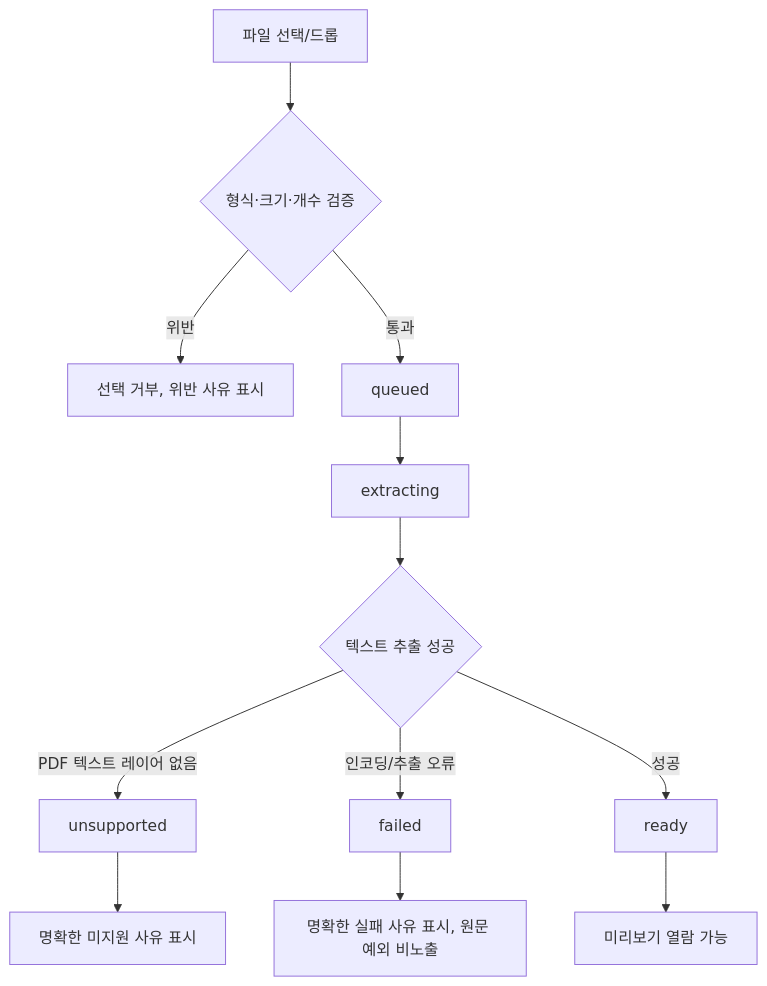
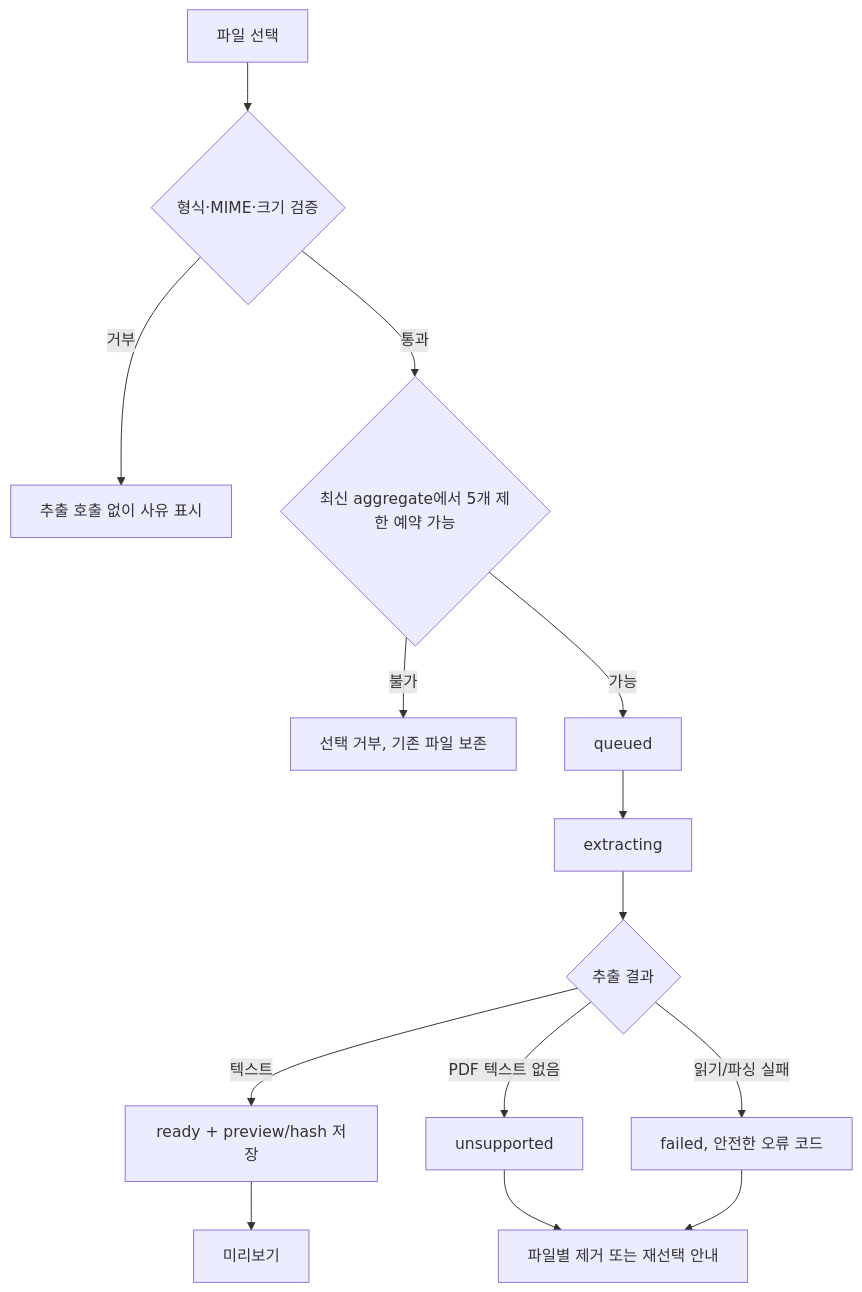
One commit to donghyunlee-dev/ai-agent-blueprint changed the diagram in docs/tasks/SRC-PR-01/plan.md. Above: the diagram before and after it, drawn with Mermaid. The commit also changed other lines of this file and 25 other files, not shown here.

````diff
--- a/docs/tasks/SRC-PR-01/plan.md
+++ b/docs/tasks/SRC-PR-01/plan.md
@@ -54,14 +56,16 @@
 ```mermaid
 flowchart TD
-    A[파일 선택/드롭] --> B{형식·크기·개수 검증}
-    B -- 위반 --> C[선택 거부, 위반 사유 표시]
-    B -- 통과 --> D[queued]
-    D --> E[extracting]
-    E --> F{텍스트 추출 성공}
-    F -- PDF 텍스트 레이어 없음 --> G[unsupported]
-    F -- 인코딩/추출 오류 --> H[failed]
-    F -- 성공 --> I[ready]
-    I --> J[미리보기 열람 가능]
-    G --> K[명확한 미지원 사유 표시]
-    H --> L[명확한 실패 사유 표시, 원문 예외 비노출]
+  A[파일 선택] --> B{형식·MIME·크기 검증}
+  B -- 거부 --> C[추출 호출 없이 사유 표시]
+  B -- 통과 --> D{최신 aggregate에서 5개 제한 예약 가능}
+  D -- 불가 --> E[선택 거부, 기존 파일 보존]
+  D -- 가능 --> F[queued]
+  F --> G[extracting]
+  G --> H{추출 결과}
+  H -- 텍스트 --> I[ready + preview/hash 저장]
+  H -- PDF 텍스트 없음 --> J[unsupported]
+  H -- 읽기/파싱 실패 --> K[failed, 안전한 오류 코드]
+  I --> L[미리보기]
+  J --> M[파일별 제거 또는 재선택 안내]
+  K --> M
 ```
````
